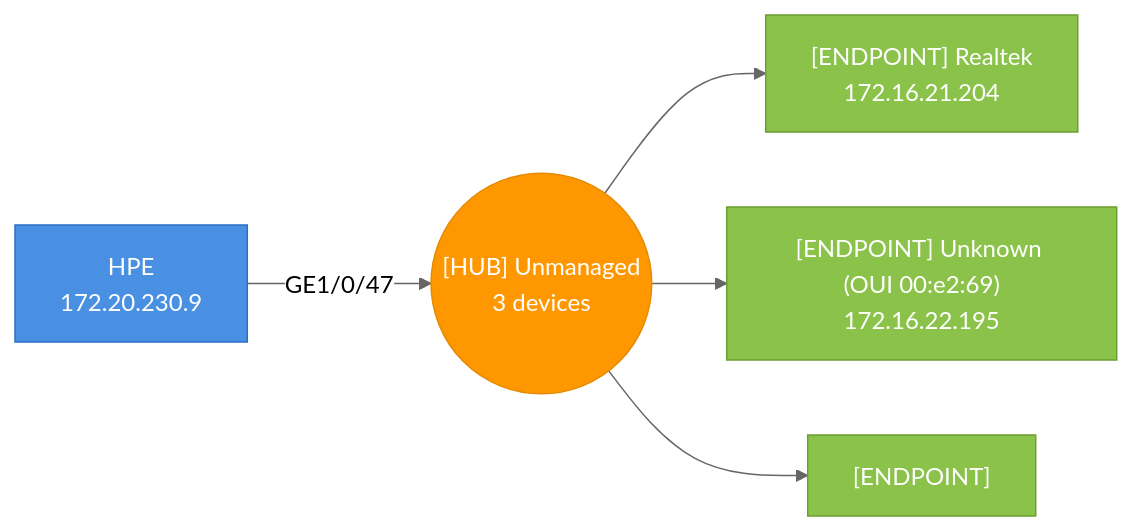
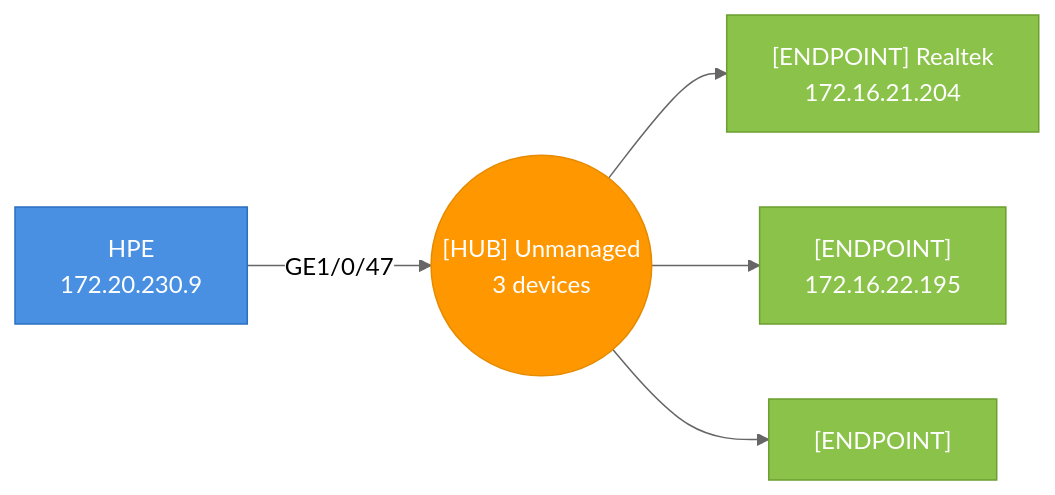
Diagram 18 of 38 in testdata/golden/audit_default.md (djamic/LLDP-Skanner-Go), drawn with Mermaid (neutral theme) before and after one commit. The commit also changed other lines of this file and 11 other files, not shown here.

````diff
--- a/testdata/golden/audit_default.md
+++ b/testdata/golden/audit_default.md
@@ -1736,17 +1676,17 @@
 ```mermaid
 graph LR
   hub_4caea3a219ac_p47(("[HUB] Unmanaged<br>3 devices"))
   4caea3a219ac["HPE<br>172.20.230.9"]
   4caea3a219ac-- "GE1/0/47" -->hub_4caea3a219ac_p47
   style 4caea3a219ac fill:#4A90E2,stroke:#2A6FC2,color:#fff
   00e04cf0dfc3["[ENDPOINT] Realtek<br>172.16.21.204"]
   hub_4caea3a219ac_p47-->00e04cf0dfc3
   style 00e04cf0dfc3 fill:#8BC34A,stroke:#6B9F30,color:#fff
-  00e269537b36["[ENDPOINT] Unknown (OUI 00:e2:69)<br>172.16.22.195"]
+  00e269537b36["[ENDPOINT]<br>172.16.22.195"]
   hub_4caea3a219ac_p47-->00e269537b36
   style 00e269537b36 fill:#8BC34A,stroke:#6B9F30,color:#fff
   443192b4d11b["[ENDPOINT]"]
   hub_4caea3a219ac_p47-->443192b4d11b
   style 443192b4d11b fill:#8BC34A,stroke:#6B9F30,color:#fff
   style hub_4caea3a219ac_p47 fill:#FF9800,stroke:#E68A00,color:#fff
 ```
````
